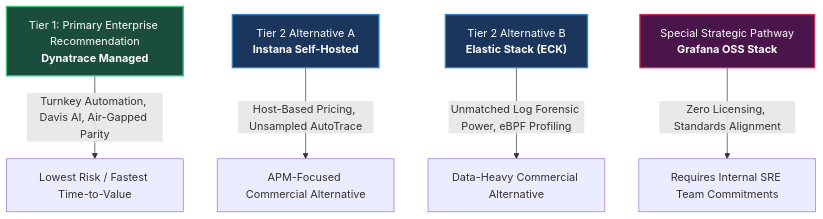
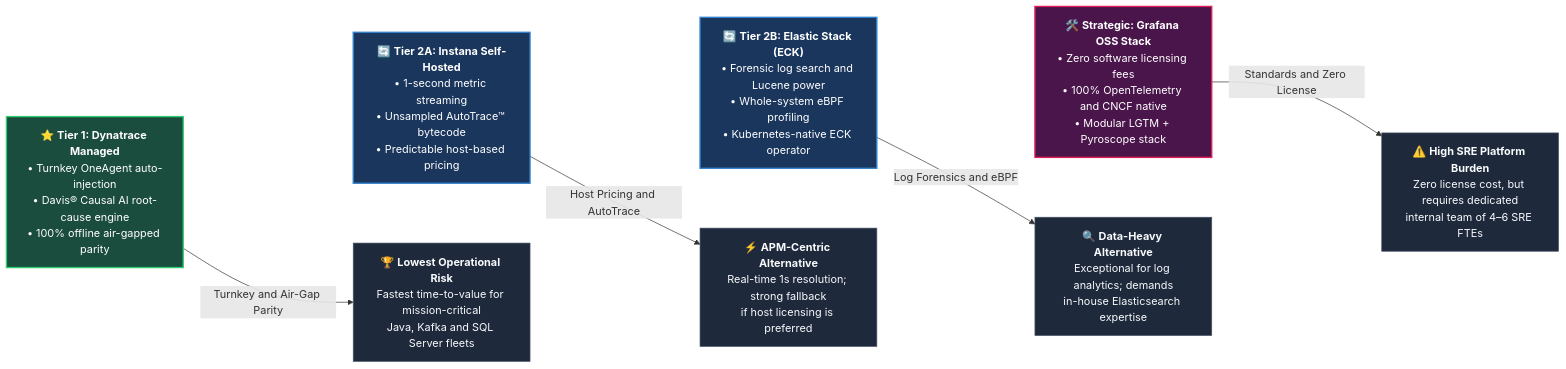
Before and after one commit to nubenetes/observability-platforms-comparison: the sixth of 7 diagrams in README.md, drawn with Mermaid.

Commit message:
fix(docs): refactor Section 8 mermaid diagram to flowchart LR for responsive layout and clean text fitting

````diff
--- a/README.md
+++ b/README.md
@@ -247,16 +247,31 @@
 ```mermaid
-graph TD
+flowchart LR
     classDef t1 fill:#1b4d3e,stroke:#2ecc71,stroke-width:2px,color:#fff;
     classDef t2 fill:#1a365d,stroke:#3182ce,stroke-width:2px,color:#fff;
     classDef toss fill:#4a154b,stroke:#e01e5a,stroke-width:2px,color:#fff;
+    classDef out fill:#1e293b,stroke:#475569,stroke-width:1px,color:#f8fafc;
 
-    T1["Tier 1: Primary Enterprise Recommendation<br/><b>Dynatrace Managed</b>"]:::t1
-    T2A["Tier 2 Alternative A<br/><b>Instana Self-Hosted</b>"]:::t2
-    T2B["Tier 2 Alternative B<br/><b>Elastic Stack (ECK)</b>"]:::t2
-    TOSS["Special Strategic Pathway<br/><b>Grafana OSS Stack</b>"]:::toss
+    T1["⭐ <b>Tier 1: Dynatrace Managed</b><br/>• Turnkey OneAgent auto-injection<br/>• Davis® Causal AI root-cause engine<br/>• 100% offline air-gapped parity"]:::t1
 
-    T1 -->|Turnkey Automation, Davis AI, Air-Gapped Parity| Winner["Lowest Risk / Fastest Time-to-Value"]
-    T2A -->|Host-Based Pricing, Unsampled AutoTrace| Alt1["APM-Focused Commercial Alternative"]
-    T2B -->|Unmatched Log Forensic Power, eBPF Profiling| Alt2["Data-Heavy Commercial Alternative"]
-    TOSS -->|Zero Licensing, Standards Alignment| Alt3["Requires Internal SRE Team Commitments"]
+    T2A["🔄 <b>Tier 2A: Instana Self-Hosted</b><br/>• 1-second metric streaming<br/>• Unsampled AutoTrace™ bytecode<br/>• Predictable host-based pricing"]:::t2
+
+    T2B["🔄 <b>Tier 2B: Elastic Stack (ECK)</b><br/>• Forensic log search and Lucene power<br/>• Whole-system eBPF profiling<br/>• Kubernetes-native ECK operator"]:::t2
+
+    TOSS["🛠️ <b>Strategic: Grafana OSS Stack</b><br/>• Zero software licensing fees<br/>• 100% OpenTelemetry and CNCF native<br/>• Modular LGTM + Pyroscope stack"]:::toss
+
+    O1["🏆 <b>Lowest Operational Risk</b><br/>Fastest time-to-value for mission-critical<br/>Java, Kafka and SQL Server fleets"]:::out
+
+    O2A["⚡ <b>APM-Centric Alternative</b><br/>Real-time 1s resolution; strong fallback<br/>if host licensing is preferred"]:::out
+
+    O2B["🔍 <b>Data-Heavy Alternative</b><br/>Exceptional for log analytics; demands<br/>in-house Elasticsearch expertise"]:::out
+
+    O3["⚠️ <b>High SRE Platform Burden</b><br/>Zero license cost, but requires dedicated<br/>internal team of 4–6 SRE FTEs"]:::out
+
+    T1 -->|Turnkey and Air-Gap Parity| O1
+    T2A -->|Host Pricing and AutoTrace| O2A
+    T2B -->|Log Forensics and eBPF| O2B
+    TOSS -->|Standards and Zero License| O3
+
+    T1 ~~~ T2A ~~~ T2B ~~~ TOSS
+    O1 ~~~ O2A ~~~ O2B ~~~ O3
 ```
````
